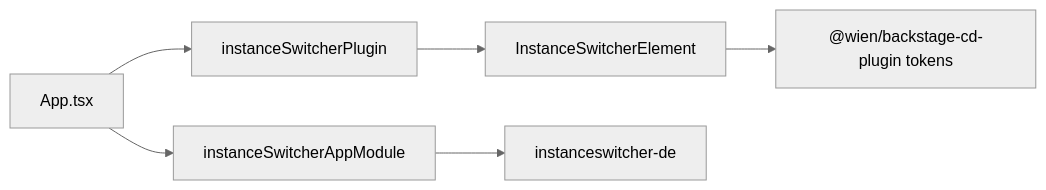
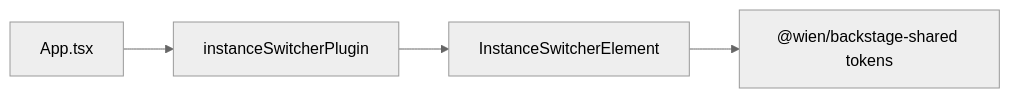
Before and after one commit to adis-b/hackstage: the diagram in my-backstage-app/plugins/backstage-instanceswitcher-plugin/README.md, drawn with Mermaid (neutral theme). The commit also changed other lines of this file and 37 other files, not shown here.

First line of the commit message:
Refactor repo for plugin development and decouple @wien packages

````diff
--- a/my-backstage-app/plugins/backstage-instanceswitcher-plugin/README.md
+++ b/my-backstage-app/plugins/backstage-instanceswitcher-plugin/README.md
@@ -71,8 +57,6 @@
 ```mermaid
 flowchart LR
   AppTsx[App.tsx] --> SwitcherPlugin[instanceSwitcherPlugin]
-  AppTsx --> SwitcherModule[instanceSwitcherAppModule]
   SwitcherPlugin --> Element[InstanceSwitcherElement]
-  SwitcherModule --> Translation[instanceswitcher-de]
-  Element --> CD["@wien/backstage-cd-plugin tokens"]
+  Element --> Shared["@wien/backstage-shared tokens"]
 ```
````
